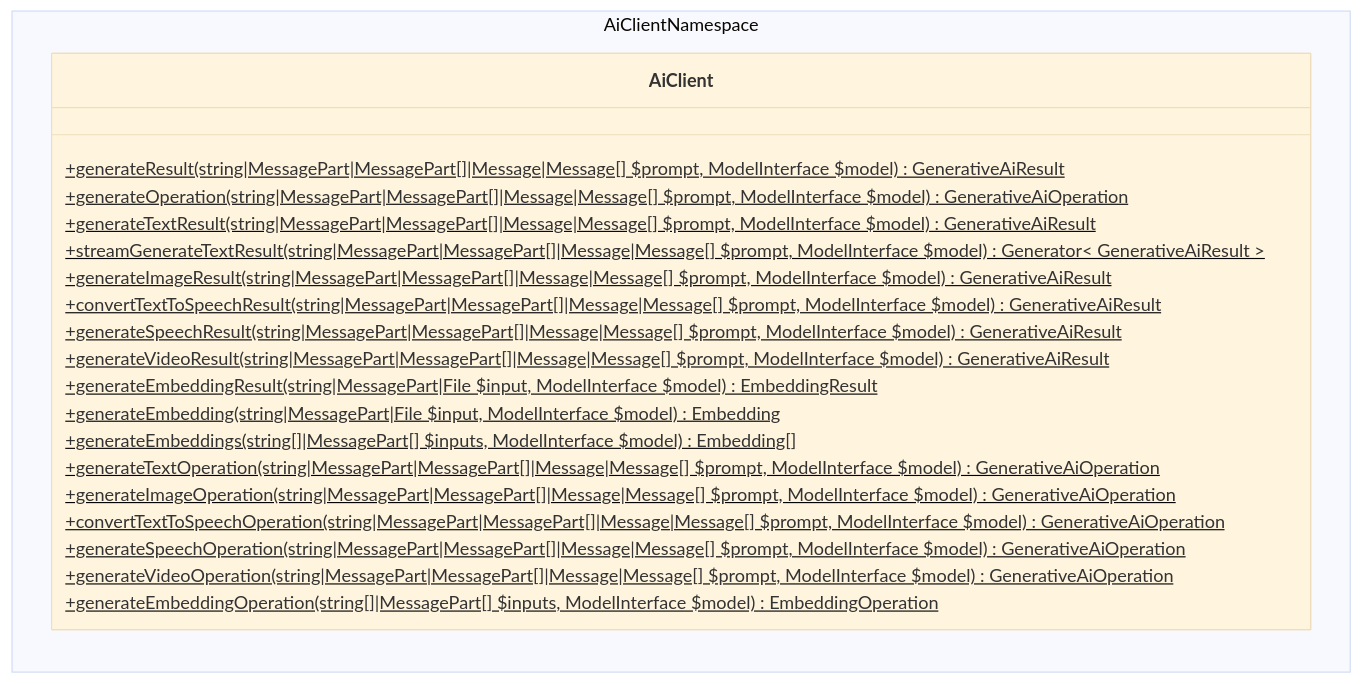
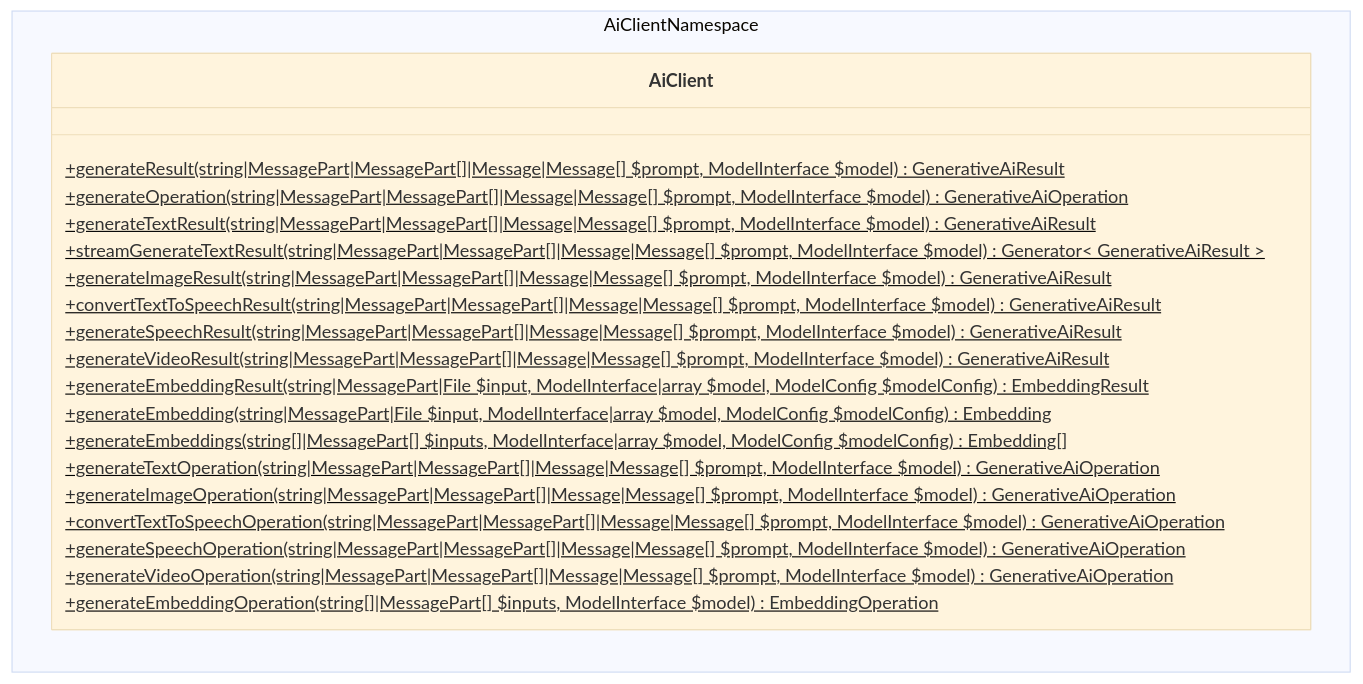
Before and after one commit to WordPress/php-ai-client: the second of 6 diagrams in docs/ARCHITECTURE.md, drawn with Mermaid (base theme). The commit also changed other lines of this file and 13 other files, not shown here.

First line of the commit message:
Force a model to be passed when generating embeddings instead of relying on the model resolver (#274)

````diff
--- a/docs/ARCHITECTURE.md
+++ b/docs/ARCHITECTURE.md
@@ -445,30 +461,30 @@
 ```mermaid
 ---
 config:
   class:
     hideEmptyMembersBox: true
 ---
 classDiagram
 direction LR
     namespace AiClientNamespace {
         class AiClient {
             +generateResult(string|MessagePart|MessagePart[]|Message|Message[] $prompt, ModelInterface $model) GenerativeAiResult$
             +generateOperation(string|MessagePart|MessagePart[]|Message|Message[] $prompt, ModelInterface $model) GenerativeAiOperation$
             +generateTextResult(string|MessagePart|MessagePart[]|Message|Message[] $prompt, ModelInterface $model) GenerativeAiResult$
             +streamGenerateTextResult(string|MessagePart|MessagePart[]|Message|Message[] $prompt, ModelInterface $model) Generator< GenerativeAiResult >$
             +generateImageResult(string|MessagePart|MessagePart[]|Message|Message[] $prompt, ModelInterface $model) GenerativeAiResult$
             +convertTextToSpeechResult(string|MessagePart|MessagePart[]|Message|Message[] $prompt, ModelInterface $model) GenerativeAiResult$
             +generateSpeechResult(string|MessagePart|MessagePart[]|Message|Message[] $prompt, ModelInterface $model) GenerativeAiResult$
             +generateVideoResult(string|MessagePart|MessagePart[]|Message|Message[] $prompt, ModelInterface $model) GenerativeAiResult$
-            +generateEmbeddingResult(string|MessagePart|File $input, ModelInterface $model) EmbeddingResult$
-            +generateEmbedding(string|MessagePart|File $input, ModelInterface $model) Embedding$
-            +generateEmbeddings(string[]|MessagePart[] $inputs, ModelInterface $model) Embedding[]$
+            +generateEmbeddingResult(string|MessagePart|File $input, ModelInterface|array $model, ModelConfig $modelConfig) EmbeddingResult$
+            +generateEmbedding(string|MessagePart|File $input, ModelInterface|array $model, ModelConfig $modelConfig) Embedding$
+            +generateEmbeddings(string[]|MessagePart[] $inputs, ModelInterface|array $model, ModelConfig $modelConfig) Embedding[]$
             +generateTextOperation(string|MessagePart|MessagePart[]|Message|Message[] $prompt, ModelInterface $model) GenerativeAiOperation$
             +generateImageOperation(string|MessagePart|MessagePart[]|Message|Message[] $prompt, ModelInterface $model) GenerativeAiOperation$
             +convertTextToSpeechOperation(string|MessagePart|MessagePart[]|Message|Message[] $prompt, ModelInterface $model) GenerativeAiOperation$
             +generateSpeechOperation(string|MessagePart|MessagePart[]|Message|Message[] $prompt, ModelInterface $model) GenerativeAiOperation$
             +generateVideoOperation(string|MessagePart|MessagePart[]|Message|Message[] $prompt, ModelInterface $model) GenerativeAiOperation$
             +generateEmbeddingOperation(string[]|MessagePart[] $inputs, ModelInterface $model) EmbeddingOperation$
         }
     }
 ```
````
